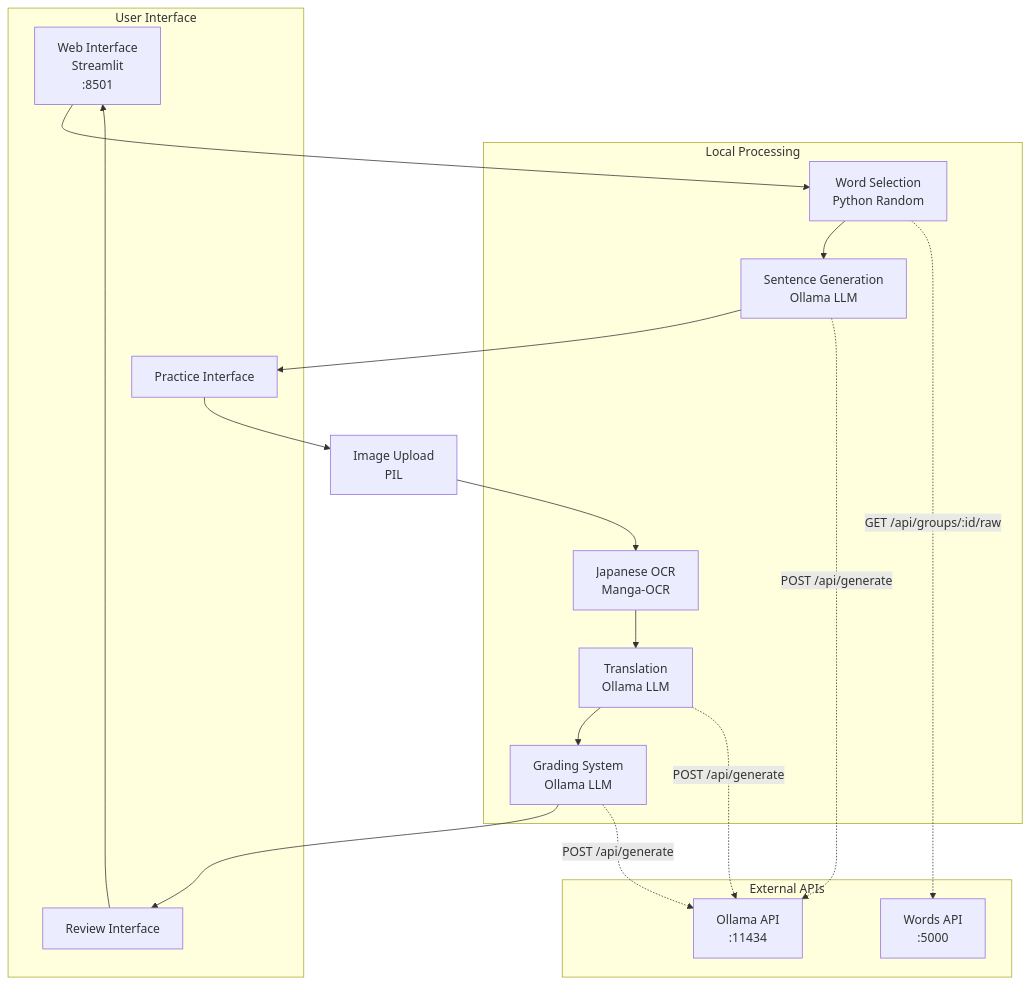
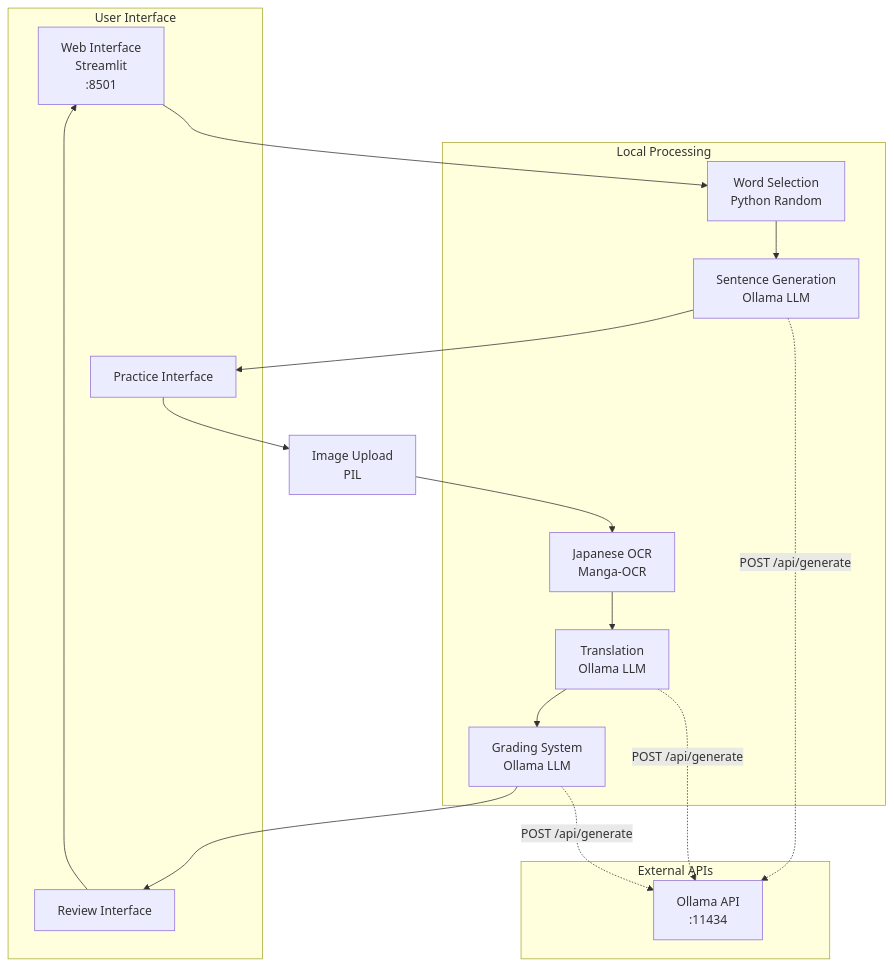
The diagram in writing-practice/README.md (SuperNolvas/free-genai-bootcamp-2025), drawn with Mermaid before and after one commit. The commit also changed other lines of this file and 2 other files, not shown here.

````diff
--- a/writing-practice/README.md
+++ b/writing-practice/README.md
@@ -22,40 +22,37 @@
 ```mermaid
 graph TD
     A[Web Interface<br/>Streamlit<br/>:8501] --> B[Word Selection<br/>Python Random]
     B --> C[Sentence Generation<br/>Ollama LLM]
     C --> D[Practice Interface]
     D --> E[Image Upload<br/>PIL]
     E --> F[Japanese OCR<br/>Manga-OCR]
     F --> G[Translation<br/>Ollama LLM]
     G --> H[Grading System<br/>Ollama LLM]
     H --> I[Review Interface]
     I --> A
     
     %% External Services
-    API1[Words API<br/>:5000]
     API2[Ollama API<br/>:11434]
     
-    B -.->|GET /api/groups/:id/raw| API1
     C -.->|POST /api/generate| API2
     G -.->|POST /api/generate| API2
     H -.->|POST /api/generate| API2
     
     subgraph "Local Processing"
         B
         C
         F
         G
         H
     end
     
     subgraph "User Interface"
         A
         D
         I
     end
     
     subgraph "External APIs"
-        API1
         API2
     end
 ```
````
